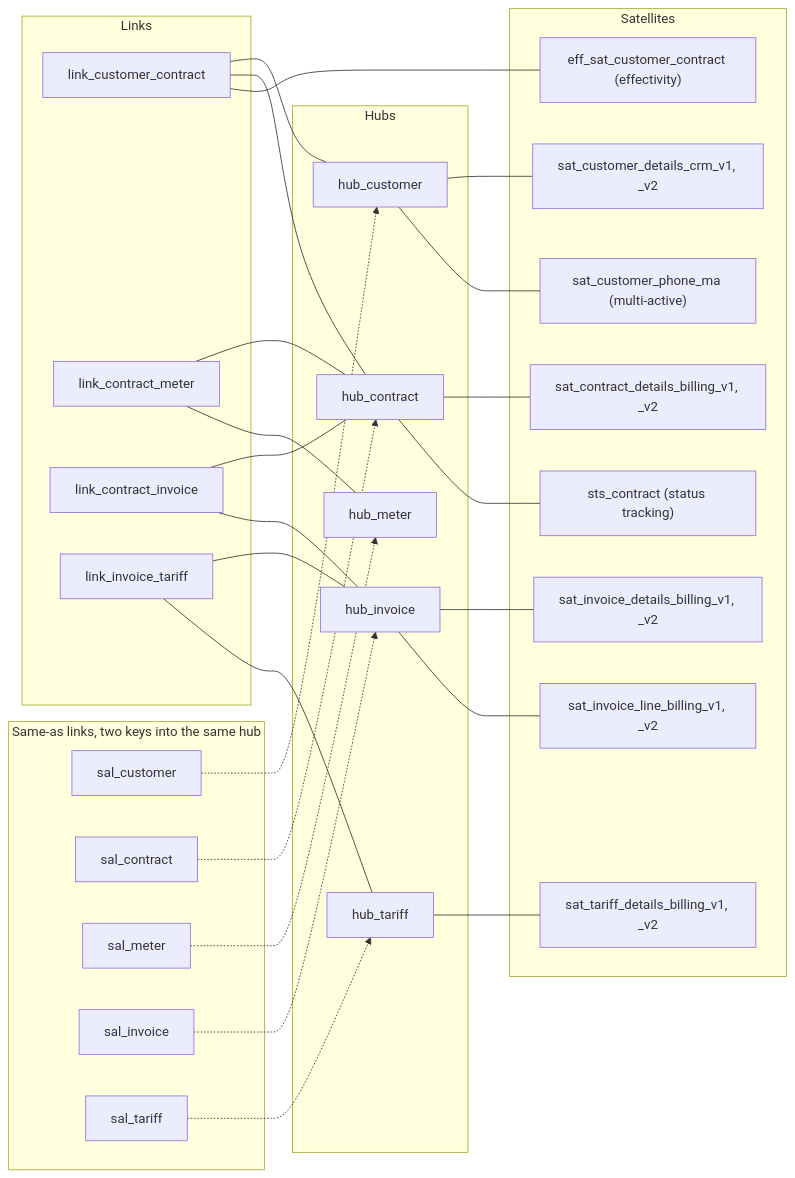
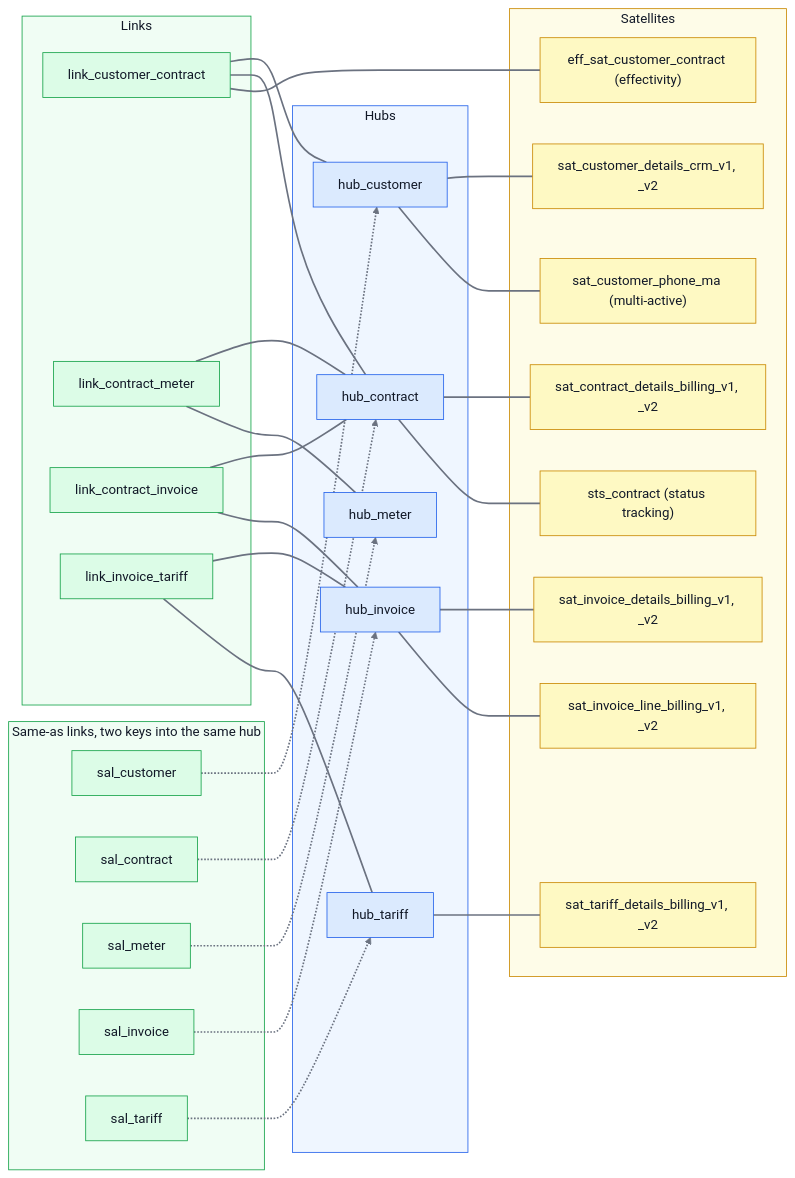
The second of 6 diagrams in README.md (aglivin/vault-lakehouse-migration), drawn with Mermaid before and after one commit. The commit also changed other lines of this file and 2 other files, not shown here.

Commit message:
docs: readme with coloured architecture diagrams

````diff
--- a/README.md
+++ b/README.md
@@ -124,54 +49,65 @@
 ```mermaid
 flowchart LR
     subgraph HUBS["Hubs"]
         hub_customer
         hub_contract
         hub_meter
         hub_invoice
         hub_tariff
     end
     subgraph LINKS["Links"]
         link_customer_contract
         link_contract_meter
         link_contract_invoice
         link_invoice_tariff
     end
     link_customer_contract --- hub_customer
     link_customer_contract --- hub_contract
     link_contract_meter --- hub_contract
     link_contract_meter --- hub_meter
     link_contract_invoice --- hub_contract
     link_contract_invoice --- hub_invoice
     link_invoice_tariff --- hub_invoice
     link_invoice_tariff --- hub_tariff
     subgraph SAT["Satellites"]
         sat_customer_details["sat_customer_details_crm_v1, _v2"]
         sat_customer_phone_ma["sat_customer_phone_ma (multi-active)"]
         sat_contract_details["sat_contract_details_billing_v1, _v2"]
         sts_contract["sts_contract (status tracking)"]
         sat_invoice_details["sat_invoice_details_billing_v1, _v2"]
         sat_invoice_line["sat_invoice_line_billing_v1, _v2"]
         sat_tariff_details["sat_tariff_details_billing_v1, _v2"]
         eff_sat_customer_contract["eff_sat_customer_contract (effectivity)"]
     end
     hub_customer --- sat_customer_details
     hub_customer --- sat_customer_phone_ma
     hub_contract --- sat_contract_details
     hub_contract --- sts_contract
     hub_invoice --- sat_invoice_details
     hub_invoice --- sat_invoice_line
     hub_tariff --- sat_tariff_details
     link_customer_contract --- eff_sat_customer_contract
     subgraph SAL["Same-as links, two keys into the same hub"]
         sal_customer
         sal_contract
         sal_meter
         sal_invoice
         sal_tariff
     end
     sal_customer -.-> hub_customer
     sal_contract -.-> hub_contract
     sal_meter -.-> hub_meter
     sal_invoice -.-> hub_invoice
     sal_tariff -.-> hub_tariff
+    classDef hub fill:#dbeafe,stroke:#2563eb,color:#111827
+    classDef link fill:#dcfce7,stroke:#16a34a,color:#111827
+    classDef sat fill:#fef9c3,stroke:#ca8a04,color:#111827
+    class hub_customer,hub_contract,hub_meter,hub_invoice,hub_tariff hub
+    class link_customer_contract,link_contract_meter,link_contract_invoice,link_invoice_tariff,sal_customer,sal_contract,sal_meter,sal_invoice,sal_tariff link
+    class sat_customer_details,sat_customer_phone_ma,sat_contract_details,sts_contract,sat_invoice_details,sat_invoice_line,sat_tariff_details,eff_sat_customer_contract sat
+    style HUBS fill:#eff6ff,stroke:#2563eb,color:#111827
+    style LINKS fill:#f0fdf4,stroke:#16a34a,color:#111827
+    style SAT fill:#fefce8,stroke:#ca8a04,color:#111827
+    style SAL fill:#f0fdf4,stroke:#16a34a,color:#111827
+    linkStyle default stroke:#6b7280,stroke-width:2px
 ```
````
